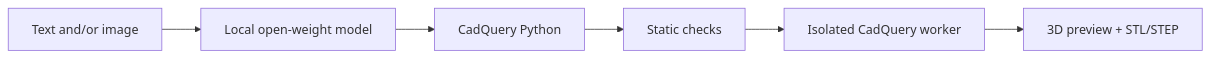
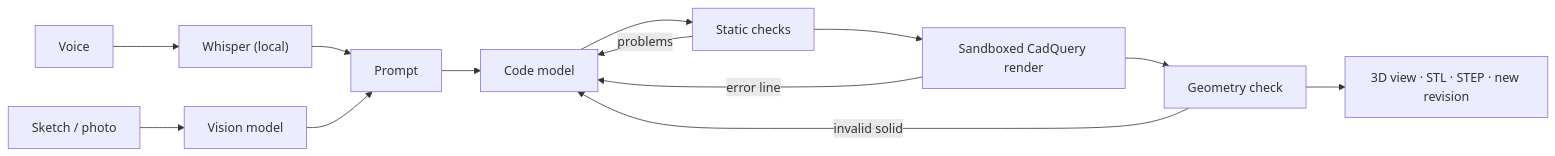
One commit to benisalla/cadquery-agent changed the diagram in README.md. Above: the diagram before and after it, drawn with Mermaid. The commit also changed other lines of this file and 35 other files, not shown here.

```diff
--- a/README.md
+++ b/README.md
@@ -10,8 +10,10 @@
 ~~~mermaid
 flowchart LR
-  A["Text and/or image"] --> B["Local open-weight model"]
-  B --> C["CadQuery Python"]
-  C --> D["Static checks"]
-  D --> E["Isolated CadQuery worker"]
-  E --> F["3D preview + STL/STEP"]
+  V["Voice"] --> W["Whisper (local)"] --> P["Prompt"]
+  S["Sketch / photo"] --> VM["Vision model"] --> P
+  P --> M["Code model"] --> C["Static checks"] --> R["Sandboxed CadQuery render"] --> G["Geometry check"]
+  C -- problems --> M
+  R -- error line --> M
+  G -- invalid solid --> M
+  G --> UI["3D view · STL · STEP · new revision"]
 ~~~
```
